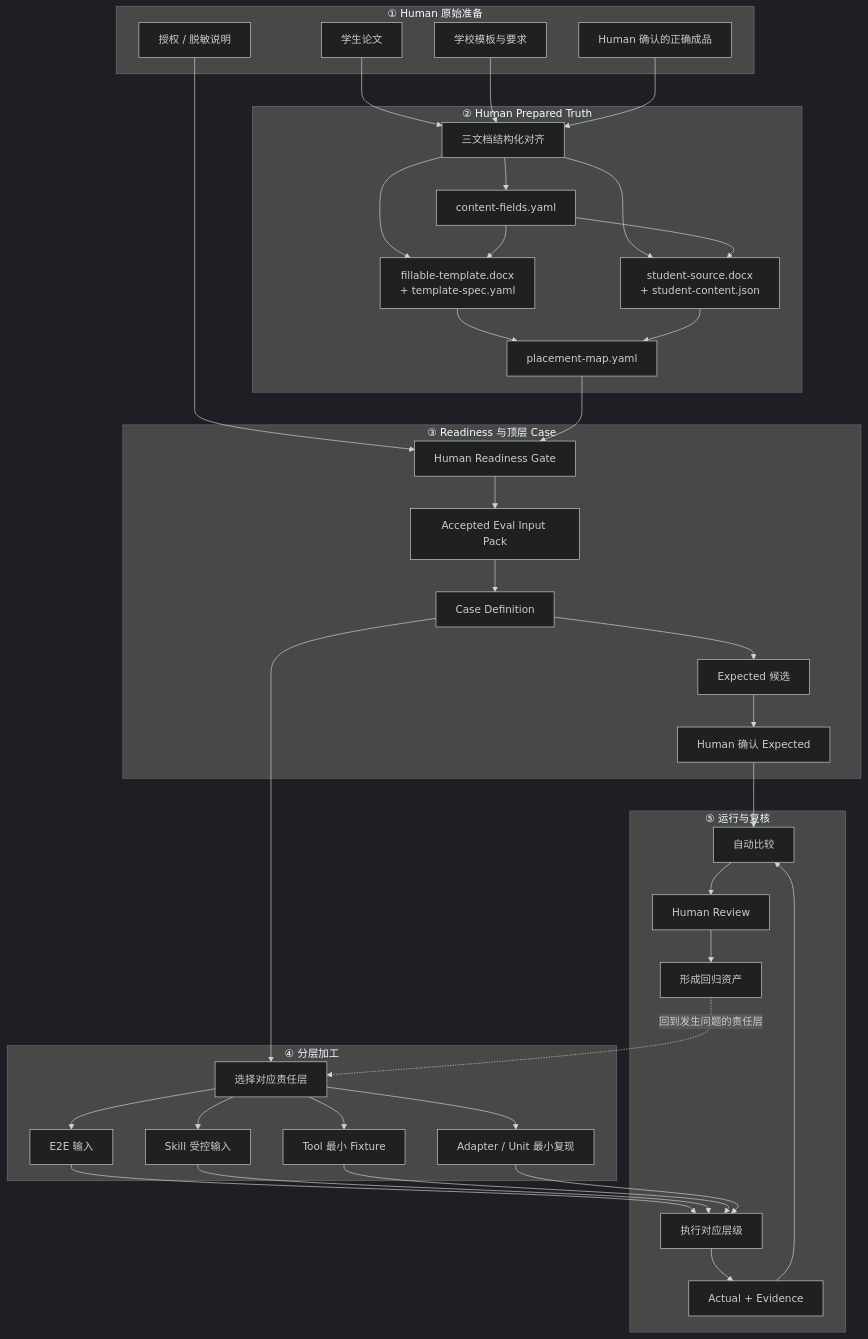
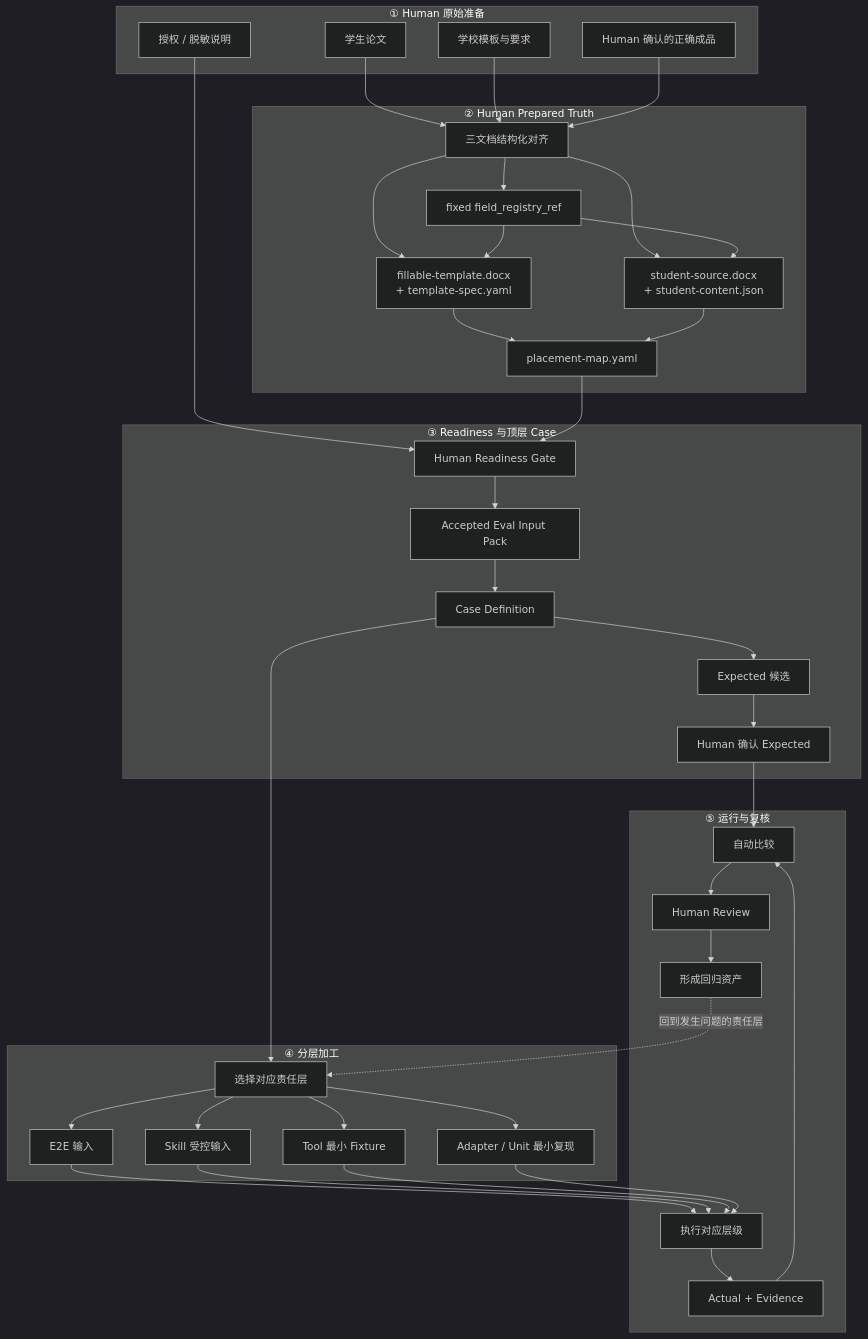
Before and after one commit to bamao88/0730: the seventh of 9 diagrams in docs/human/eval-data-system-and-pipeline-discussion.md, drawn with Mermaid (dark theme). The commit also changed other lines of this file and 108 other files, not shown here.

````diff
--- a/docs/human/eval-data-system-and-pipeline-discussion.md
+++ b/docs/human/eval-data-system-and-pipeline-discussion.md
@@ -861,67 +873,67 @@
 ```mermaid
 flowchart TB
     subgraph P1["① Human 原始准备"]
         R1["学生论文"]
         R2["学校模板与要求"]
         R3["授权 / 脱敏说明"]
         R4["Human 确认的正确成品"]
     end
 
     subgraph P2["② Human Prepared Truth"]
         ALIGN["三文档结构化对齐"]
-        FIELDS["content-fields.yaml"]
+        FIELDS["fixed field_registry_ref"]
         TEMPLATE["fillable-template.docx<br/>+ template-spec.yaml"]
         STUDENT["student-source.docx<br/>+ student-content.json"]
         PLACEMENT["placement-map.yaml"]
         ALIGN --> FIELDS
         ALIGN --> TEMPLATE
         ALIGN --> STUDENT
         FIELDS --> TEMPLATE
         FIELDS --> STUDENT
         TEMPLATE --> PLACEMENT
         STUDENT --> PLACEMENT
     end
 
     subgraph P3["③ Readiness 与顶层 Case"]
         GATE["Human Readiness Gate"]
         C1["Accepted Eval Input Pack"]
         C2["Case Definition"]
         C3["Expected 候选"]
         C4["Human 确认 Expected"]
         GATE --> C1 --> C2 --> C3 --> C4
     end
 
     subgraph P4["④ 分层加工"]
         TARGET["选择对应责任层"]
         D1["E2E 输入"]
         D2["Skill 受控输入"]
         D3["Tool 最小 Fixture"]
         D4["Adapter / Unit 最小复现"]
         TARGET --> D1
         TARGET --> D2
         TARGET --> D3
         TARGET --> D4
     end
 
     subgraph P5["⑤ 运行与复核"]
         RUN["执行对应层级"]
         ACTUAL["Actual + Evidence"]
         COMPARE["自动比较"]
         REVIEW["Human Review"]
         REG["形成回归资产"]
     end
 
     R1 --> ALIGN
     R2 --> ALIGN
     R4 --> ALIGN
     R3 --> GATE
     PLACEMENT --> GATE
     C2 --> TARGET
     C4 --> COMPARE
     D1 --> RUN
     D2 --> RUN
     D3 --> RUN
     D4 --> RUN
     RUN --> ACTUAL --> COMPARE --> REVIEW --> REG
     REG -."回到发生问题的责任层".-> TARGET
 ```
````
